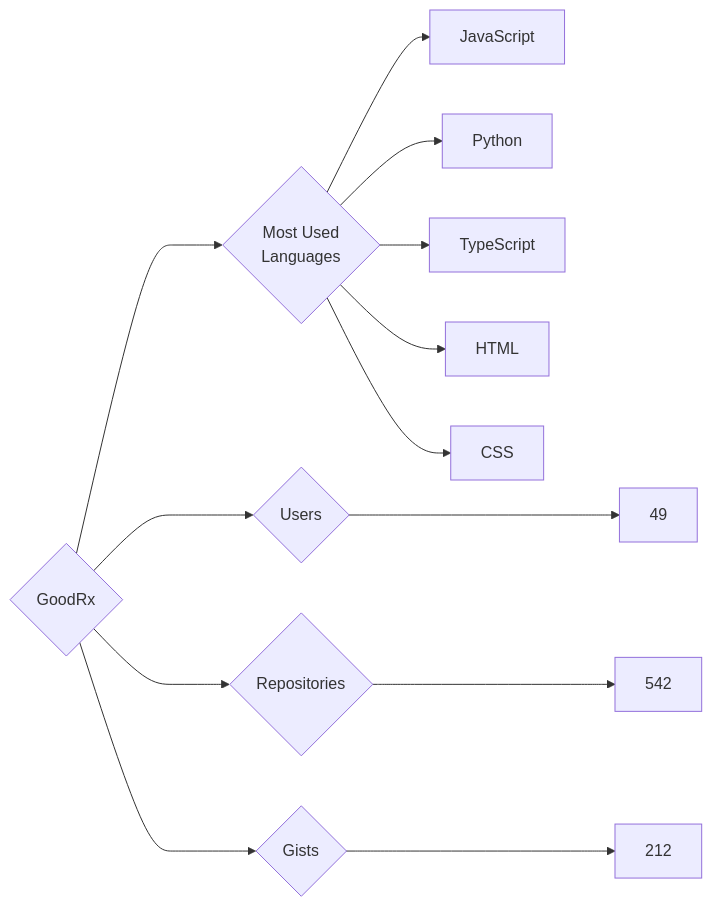
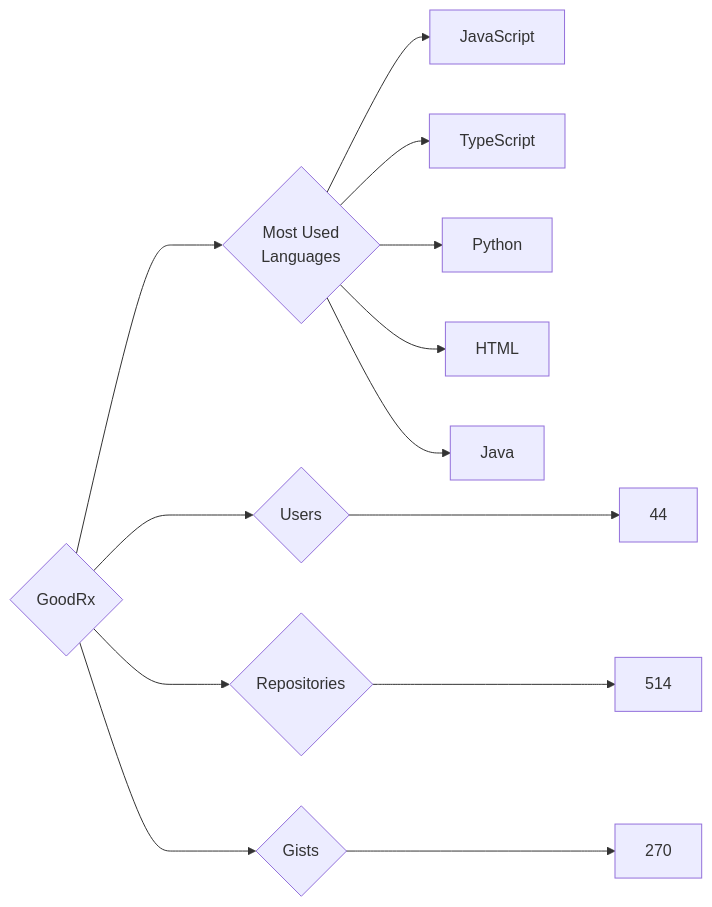
One commit to trickest/insiders changed the diagram in targets/GoodRx/README.md. Above: the diagram before and after it, drawn with Mermaid. The commit also changed 752 other files, not shown here.

````diff
--- a/targets/GoodRx/README.md
+++ b/targets/GoodRx/README.md
@@ -3,13 +3,13 @@
 ```mermaid
 graph LR
 COMPANY_NAME{GoodRx}
-COMPANY_NAME ---> U{Users} ---> UN[49]
-COMPANY_NAME ---> R{Repositories} ---> RN[542]
-COMPANY_NAME ---> G{Gists} ---> GN[212]
+COMPANY_NAME ---> U{Users} ---> UN[44]
+COMPANY_NAME ---> R{Repositories} ---> RN[514]
+COMPANY_NAME ---> G{Gists} ---> GN[270]
 COMPANY_NAME ---> ML{Most Used<br>Languages}
 ML --> JavaScript[JavaScript]
+ML --> TypeScript[TypeScript]
 ML --> Python[Python]
-ML --> TypeScript[TypeScript]
 ML --> HTML[HTML]
-ML --> CSS[CSS]
+ML --> Java[Java]
 ```
````
